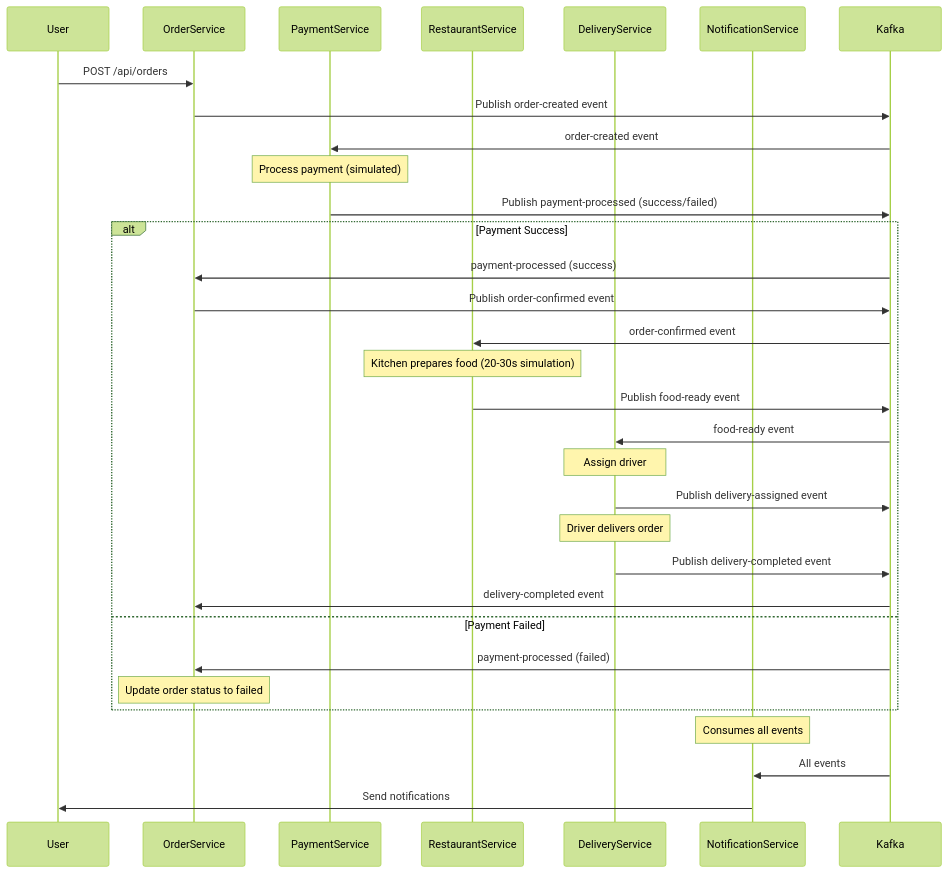
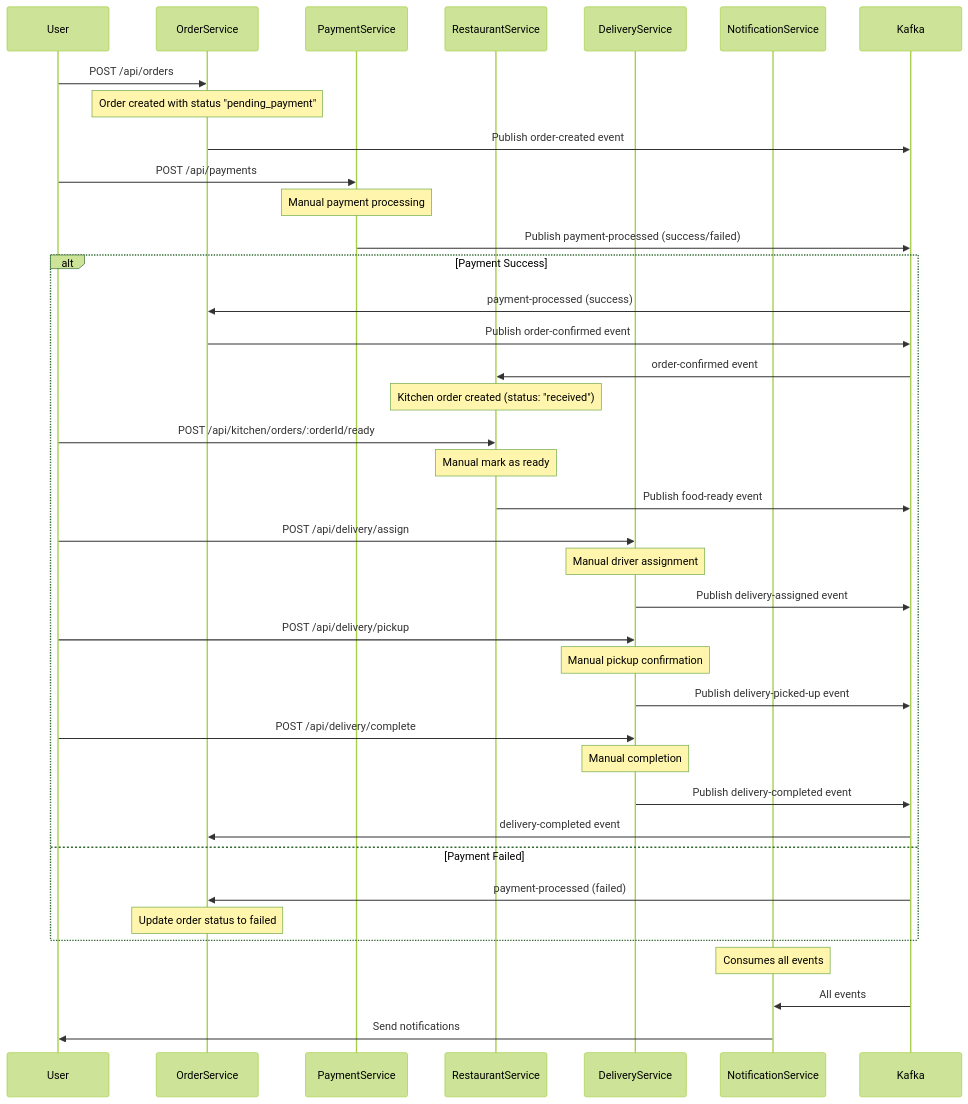
Before and after one commit to Vijay-papanaboina/Food-Delivery-Backend: the diagram in README.md, drawn with Mermaid (forest theme). The commit also changed other lines of this file and 32 other files, not shown here.

````diff
--- a/README.md
+++ b/README.md
@@ -171,42 +172,50 @@
 ```mermaid
 sequenceDiagram
     participant User
     participant OrderService
     participant PaymentService
     participant RestaurantService
     participant DeliveryService
     participant NotificationService
     participant Kafka
 
     User->>OrderService: POST /api/orders
+    Note over OrderService: Order created with status "pending_payment"
     OrderService->>Kafka: Publish order-created event
 
-    Kafka->>PaymentService: order-created event
-    Note over PaymentService: Process payment (simulated)
+    User->>PaymentService: POST /api/payments
+    Note over PaymentService: Manual payment processing
     PaymentService->>Kafka: Publish payment-processed (success/failed)
 
     alt Payment Success
         Kafka->>OrderService: payment-processed (success)
         OrderService->>Kafka: Publish order-confirmed event
 
         Kafka->>RestaurantService: order-confirmed event
-        Note over RestaurantService: Kitchen prepares food (20-30s simulation)
+        Note over RestaurantService: Kitchen order created (status: "received")
+
+        User->>RestaurantService: POST /api/kitchen/orders/:orderId/ready
+        Note over RestaurantService: Manual mark as ready
         RestaurantService->>Kafka: Publish food-ready event
 
-        Kafka->>DeliveryService: food-ready event
-        Note over DeliveryService: Assign driver
+        User->>DeliveryService: POST /api/delivery/assign
+        Note over DeliveryService: Manual driver assignment
         DeliveryService->>Kafka: Publish delivery-assigned event
 
-        Note over DeliveryService: Driver delivers order
+        User->>DeliveryService: POST /api/delivery/pickup
+        Note over DeliveryService: Manual pickup confirmation
+        DeliveryService->>Kafka: Publish delivery-picked-up event
 
+        User->>DeliveryService: POST /api/delivery/complete
+        Note over DeliveryService: Manual completion
         DeliveryService->>Kafka: Publish delivery-completed event
         Kafka->>OrderService: delivery-completed event
     else Payment Failed
         Kafka->>OrderService: payment-processed (failed)
         Note over OrderService: Update order status to failed
     end
 
     Note over NotificationService: Consumes all events
     Kafka->>NotificationService: All events
     NotificationService->>User: Send notifications
 ```
````
